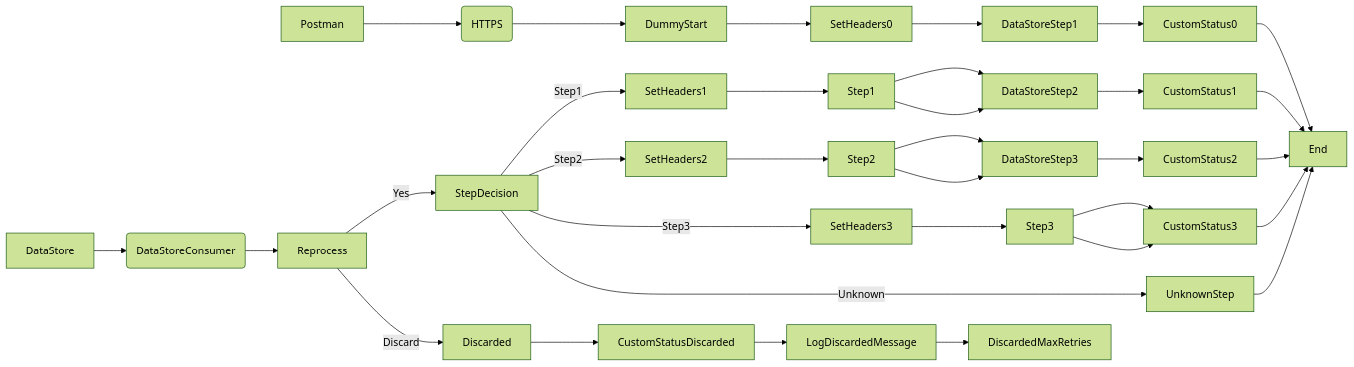
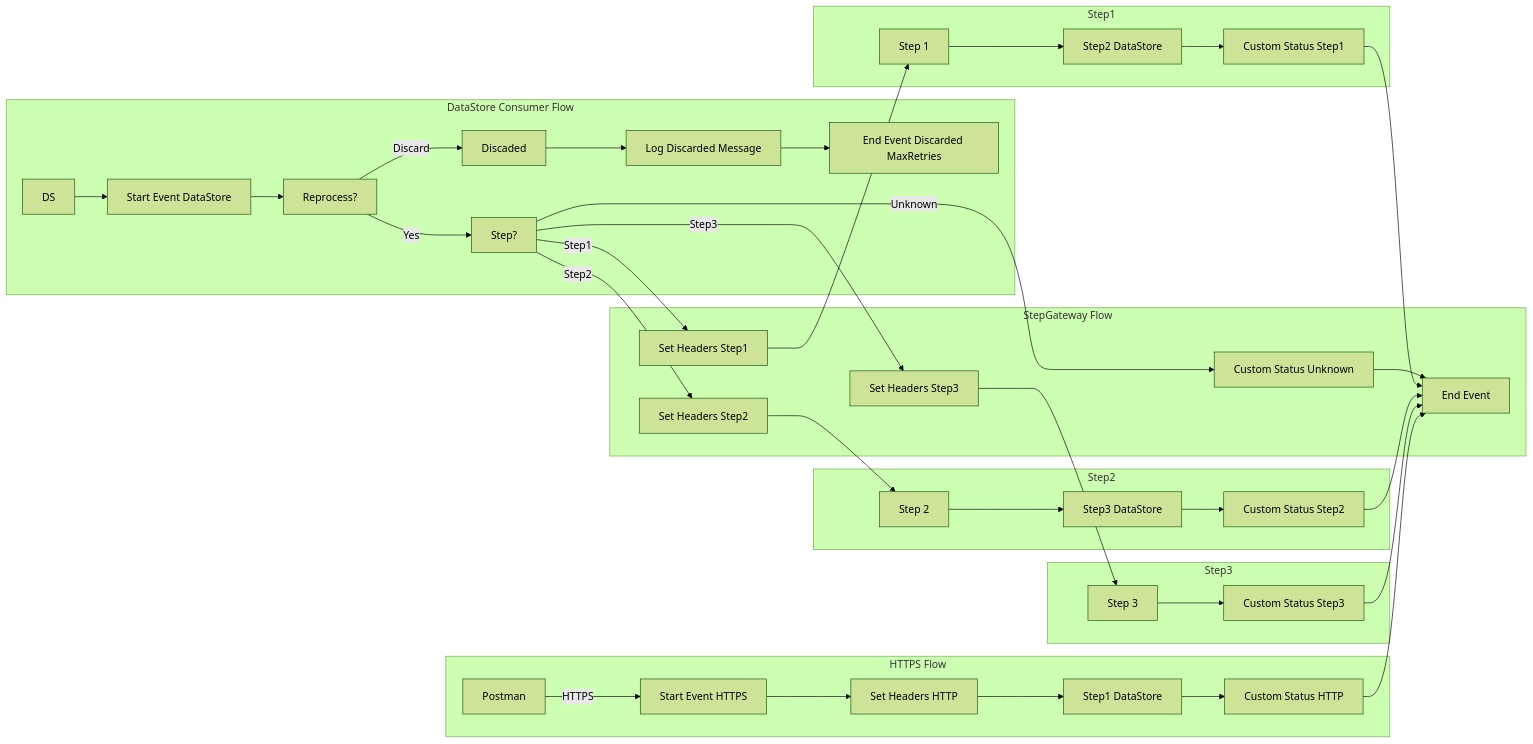
The diagram in REPSOL - Demo IA Docs/SEDA_Model_-_Single_DS_-_Restart_and_Discard_-_REPSOL/1.0.2/readme.md (Avvale-IA-CICD/AvvaleCPI), drawn with Mermaid (forest theme) before and after one commit. The commit also changed other lines of this file, not shown here.

Commit message:
docs: Add/update version README for REPSOL - Demo IA Docs/SEDA_Model_-_Single_DS_-_Restart_and_Discard_-_REPSOL/1.0.2

````diff
--- a/REPSOL - Demo IA Docs/SEDA_Model_-_Single_DS_-_Restart_and_Discard_-_REPSOL/1.0.2/readme.md
+++ b/REPSOL - Demo IA Docs/SEDA_Model_-_Single_DS_-_Restart_and_Discard_-_REPSOL/1.0.2/readme.md
@@ -5,28 +5,47 @@
 ```mermaid
 graph LR
-    Postman-->HTTPS(HTTPS)-->DummyStart
-    DataStore-->DataStoreConsumer(DataStoreConsumer)-->Reprocess
-    Reprocess--Yes-->StepDecision
-    Reprocess--Discard-->Discarded
-    StepDecision--Step1-->SetHeaders1
-    StepDecision--Step2-->SetHeaders2
-    StepDecision--Step3-->SetHeaders3
-    StepDecision--Unknown-->UnknownStep
-    SetHeaders1-->Step1
-    SetHeaders2-->Step2
-    SetHeaders3-->Step3
-    Step1-->DataStoreStep2
-    Step2-->DataStoreStep3
-    Step3-->CustomStatus3
-    DataStoreStep2-->CustomStatus1
-    DataStoreStep3-->CustomStatus2
-    CustomStatus1-->End
-    CustomStatus2-->End
-    CustomStatus3-->End
-    Discarded-->CustomStatusDiscarded-->LogDiscardedMessage-->DiscardedMaxRetries
-    Step1-->DataStoreStep2
-    Step2-->DataStoreStep3
-    Step3-->CustomStatus3
-    DummyStart-->SetHeaders0-->DataStoreStep1-->CustomStatus0-->End
-    UnknownStep-->End
+    subgraph DataStore Consumer Flow
+    DS --> Start[Start Event DataStore]
+    Start --> ExclusiveGateway[Reprocess?]
+    ExclusiveGateway -- Discard --> CallActivityDiscaded[Discaded]
+    ExclusiveGateway -- Yes --> StepGateway[Step?]
+    CallActivityDiscaded --> CallActivityLogDiscarded[Log Discarded Message]
+    CallActivityLogDiscarded --> EndDiscarded[End Event Discarded MaxRetries]
+    end
+
+    subgraph StepGateway Flow
+    StepGateway -- Step1 --> CallActivitySetHeadersStep1[Set Headers Step1]
+    StepGateway -- Step2 --> CallActivitySetHeadersStep2[Set Headers Step2]
+    StepGateway -- Step3 --> CallActivitySetHeadersStep3[Set Headers Step3]
+    StepGateway -- Unknown --> CallActivityCustomStatusUnknown[Custom Status Unknown]
+    CallActivityCustomStatusUnknown --> End[End Event]
+    end
+
+    subgraph Step1
+    CallActivitySetHeadersStep1 --> CallActivityStep1[Step 1]
+    CallActivityStep1 --> CallActivityStep2_1[Step2 DataStore]
+    CallActivityStep2_1 --> CustomStatusStep1[Custom Status Step1]
+    CustomStatusStep1 --> End
+    end
+
+    subgraph Step2
+    CallActivitySetHeadersStep2 --> CallActivityStep2[Step 2]
+    CallActivityStep2 --> CallActivityStep3_2[Step3 DataStore]
+    CallActivityStep3_2 --> CustomStatusStep2[Custom Status Step2]
+    CustomStatusStep2 --> End
+    end
+
+    subgraph Step3
+    CallActivitySetHeadersStep3 --> CallActivityStep3[Step 3]
+    CallActivityStep3 --> CallActivityCustomStatus3[Custom Status Step3]
+    CallActivityCustomStatus3 --> End
+    end
+
+    subgraph HTTPS Flow
+    Postman -- HTTPS --> StartHTTP[Start Event HTTPS]
+    StartHTTP --> CallActivitySetHeadersHTTP[Set Headers HTTP]
+    CallActivitySetHeadersHTTP --> CallActivityStep1_0[Step1 DataStore]
+    CallActivityStep1_0 --> CustomStatusStep0[Custom Status HTTP]
+    CustomStatusStep0 --> End
+    end
 ```
````
